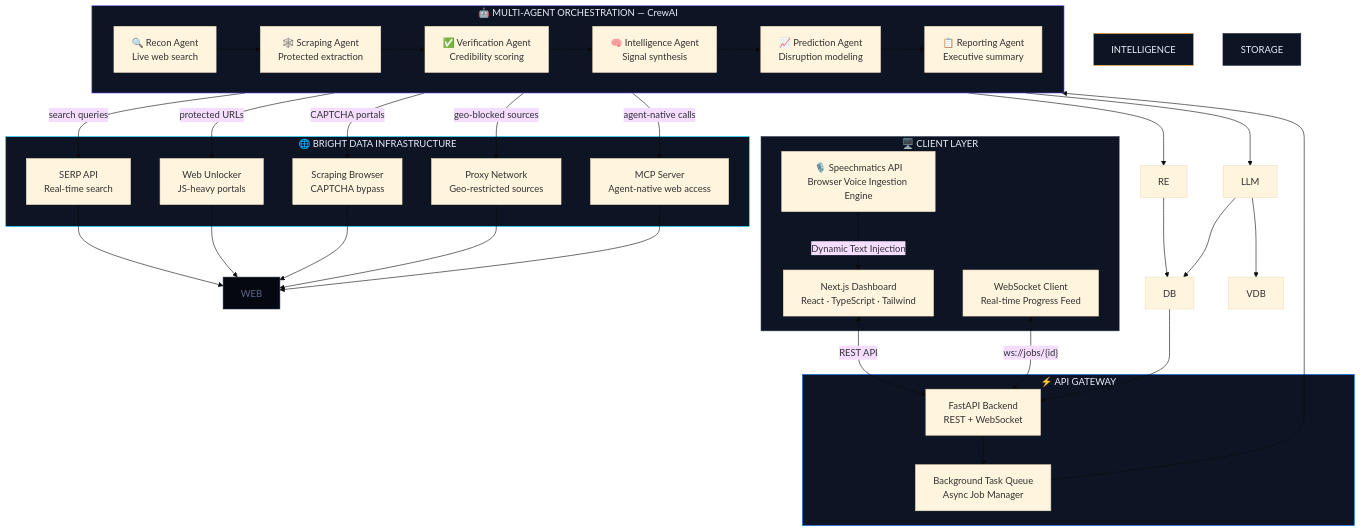
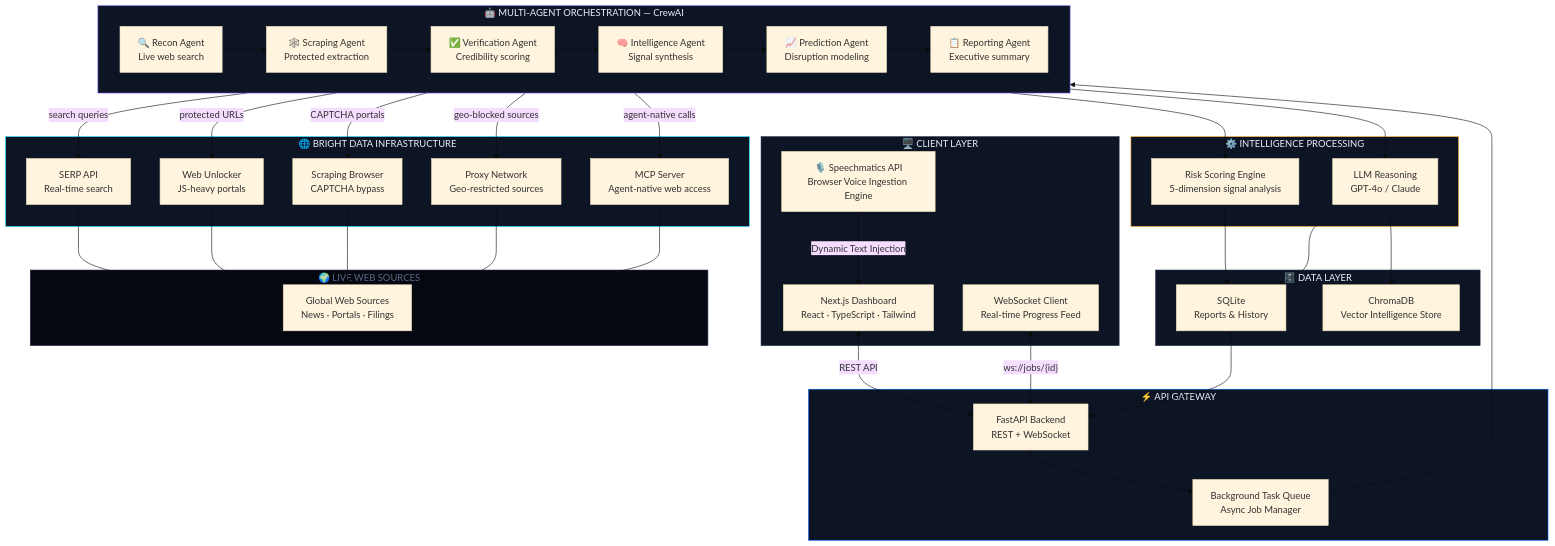
The first of 4 diagrams in README.md (Jxxy123/sentinel-web-risk-intelligence), drawn with Mermaid (base theme) before and after one commit. The commit also changed other lines of this file, not shown here.

````diff
--- a/README.md
+++ b/README.md
@@ -146,57 +146,71 @@
 ```mermaid
 graph TB
     subgraph CLIENT["🖥️  CLIENT LAYER"]
         UI["Next.js Dashboard<br/>React · TypeScript · Tailwind"]
         WS["WebSocket Client<br/>Real-time Progress Feed"]
         SM["🎙️ Speechmatics API<br/>Browser Voice Ingestion Engine"]
     end
 
     subgraph GATEWAY["⚡  API GATEWAY"]
         API["FastAPI Backend<br/>REST + WebSocket"]
         BG["Background Task Queue<br/>Async Job Manager"]
     end
 
     subgraph AGENTS["🤖  MULTI-AGENT ORCHESTRATION  —  CrewAI"]
         direction LR
         A1["🔍 Recon Agent<br/>Live web search"]
         A2["🕸️ Scraping Agent<br/>Protected extraction"]
         A3["✅ Verification Agent<br/>Credibility scoring"]
         A4["🧠 Intelligence Agent<br/>Signal synthesis"]
         A5["📈 Prediction Agent<br/>Disruption modeling"]
         A6["📋 Reporting Agent<br/>Executive summary"]
         A1 --> A2 --> A3 --> A4 --> A5 --> A6
     end
 
     subgraph BRIGHTDATA["🌐  BRIGHT DATA INFRASTRUCTURE"]
         BD1["SERP API<br/>Real-time search"]
         BD2["Web Unlocker<br/>JS-heavy portals"]
         BD3["Scraping Browser<br/>CAPTCHA bypass"]
         BD4["Proxy Network<br/>Geo-restricted sources"]
         BD5["MCP Server<br/>Agent-native web access"]
     end
 
+    subgraph INTELLIGENCE["⚙️  INTELLIGENCE PROCESSING"]
+        RE["Risk Scoring Engine<br/>5-dimension signal analysis"]
+        LLM["LLM Reasoning<br/>GPT-4o / Claude"]
+    end
+
+    subgraph STORAGE["🗄️  DATA LAYER"]
+        DB["SQLite<br/>Reports & History"]
+        VDB["ChromaDB<br/>Vector Intelligence Store"]
+    end
+
+    subgraph WEB["🌍  LIVE WEB SOURCES"]
+        W_SRCS["Global Web Sources<br/>News · Portals · Filings"]
+    end
+
     UI <-->|"REST API"| API
     SM -->|"Dynamic Text Injection"| UI
     WS <-->|"ws://jobs/{id}"| API
     API --> BG
-    BG --> AGENTS
+    BG --> A1
     A1 -->|"search queries"| BD1
     A2 -->|"protected URLs"| BD2
     A2 -->|"CAPTCHA portals"| BD3
     A2 -->|"geo-blocked sources"| BD4
     A1 -->|"agent-native calls"| BD5
-    BD1 & BD2 & BD3 & BD4 & BD5 --> WEB
-    AGENTS --> RE
-    AGENTS --> LLM
+    BD1 & BD2 & BD3 & BD4 & BD5 --> W_SRCS
+    A6 --> RE
+    A6 --> LLM
     RE & LLM --> DB
     LLM --> VDB
     DB --> API
 
     style CLIENT fill:#0D1525,stroke:#1A2540,color:#E8EDF8
     style GATEWAY fill:#0D1525,stroke:#0066FF,color:#E8EDF8
     style AGENTS fill:#0D1525,stroke:#7B61FF,color:#E8EDF8
     style BRIGHTDATA fill:#0D1525,stroke:#00D4FF,color:#E8EDF8
     style INTELLIGENCE fill:#0D1525,stroke:#F5A623,color:#E8EDF8
     style STORAGE fill:#0D1525,stroke:#1A2540,color:#E8EDF8
     style WEB fill:#050810,stroke:#1A2540,color:#5C6A88
 ```
````
